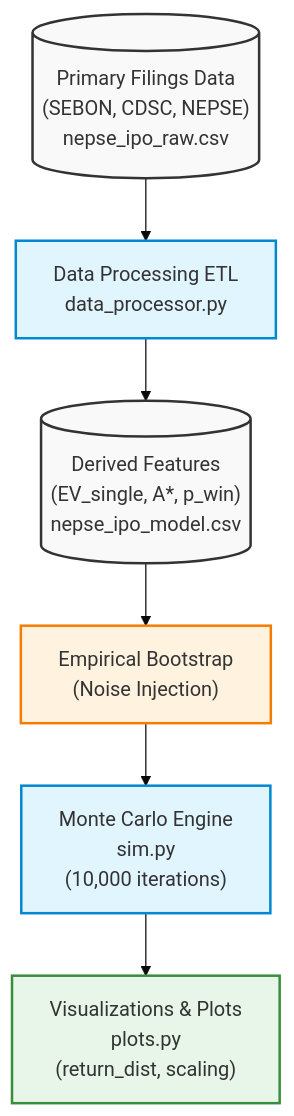
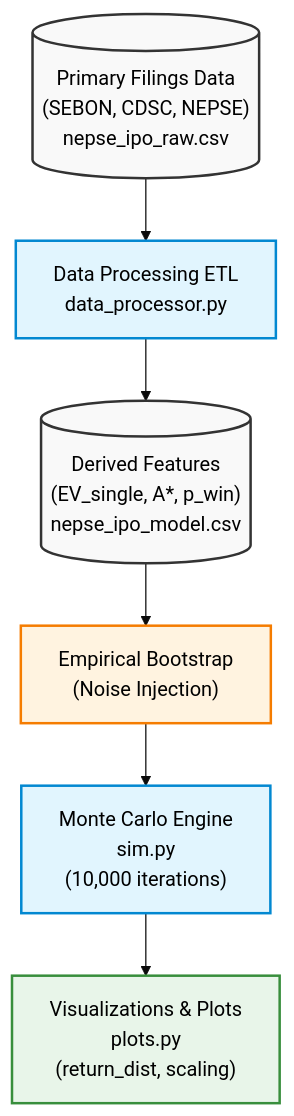
One commit to itshroshan/NEPSE_IPO_Analysis changed the diagram in README.md. Above: the diagram before and after it, drawn with Mermaid (base theme).

Commit message:
workflow updated in readme

````diff
--- a/README.md
+++ b/README.md
@@ -59,20 +59,20 @@
 ```mermaid
 graph TD
-    classDef data fill:#f9f9f9,stroke:#333,stroke-width:2px;
-    classDef script fill:#e1f5fe,stroke:#0288d1,stroke-width:2px;
-    classDef process fill:#fff3e0,stroke:#f57c00,stroke-width:2px;
-    classDef output fill:#e8f5e9,stroke:#388e3c,stroke-width:2px;
+    classDef data fill:#f9f9f9,stroke:#333,stroke-width:2px,color:#000000;
+    classDef script fill:#e1f5fe,stroke:#0288d1,stroke-width:2px,color:#000000;
+    classDef process fill:#fff3e0,stroke:#f57c00,stroke-width:2px,color:#000000;
+    classDef output fill:#e8f5e9,stroke:#388e3c,stroke-width:2px,color:#000000;
 
     A[("Primary Filings Data<br>(SEBON, CDSC, NEPSE)<br>nepse_ipo_raw.csv")]:::data
     B["Data Processing ETL<br>data_processor.py"]:::script
     C[("Derived Features<br>(EV_single, A*, p_win)<br>nepse_ipo_model.csv")]:::data
     D["Empirical Bootstrap<br>(Noise Injection)"]:::process
     E["Monte Carlo Engine<br>sim.py<br>(10,000 iterations)"]:::script
     F["Visualizations & Plots<br>plots.py<br>(return_dist, scaling)"]:::output
 
     A --> B
     B --> C
     C --> D
     D --> E
     E --> F
 ```
````
